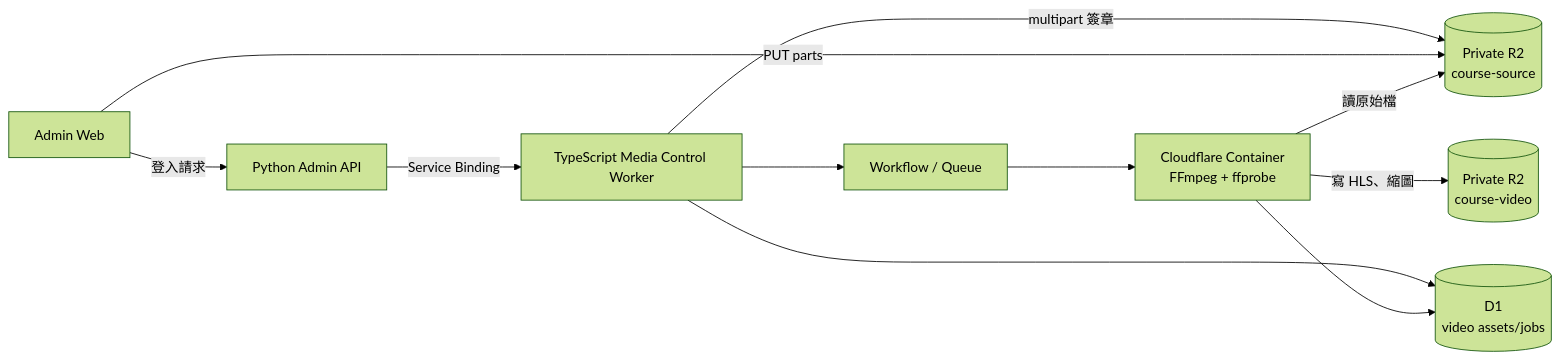
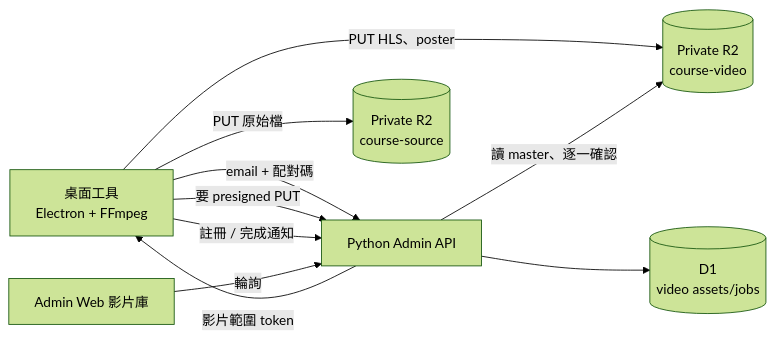
Before and after one commit to infixman/luma_studio: the first of 3 diagrams in docs/changes/plans/20260729-course-commerce-phase4-video-ingestion-pipeline/design.md, drawn with Mermaid (forest theme). The commit also changed other lines of this file and 10 other files, not shown here.

````diff
--- a/docs/changes/plans/20260729-course-commerce-phase4-video-ingestion-pipeline/design.md
+++ b/docs/changes/plans/20260729-course-commerce-phase4-video-ingestion-pipeline/design.md
@@ -56,13 +71,12 @@
 ```mermaid
 flowchart LR
-    Admin["Admin Web"] -->|"登入請求"| AdminAPI["Python Admin API"]
-    AdminAPI -->|"Service Binding"| Media["TypeScript Media Control Worker"]
-    Media -->|"multipart 簽章"| R2Source[("Private R2<br/>course-source")]
-    Admin -->|"PUT parts"| R2Source
-    Media --> Workflow["Workflow / Queue"]
-    Workflow --> Container["Cloudflare Container<br/>FFmpeg + ffprobe"]
-    Container -->|"讀原始檔"| R2Source
-    Container -->|"寫 HLS、縮圖"| R2Video[("Private R2<br/>course-video")]
-    Media --> D1[("D1<br/>video assets/jobs")]
-    Container --> D1
+    Tool["桌面工具<br/>Electron + FFmpeg"] -->|"email + 配對碼"| AdminAPI["Python Admin API"]
+    AdminAPI -->|"影片範圍 token"| Tool
+    Tool -->|"要 presigned PUT"| AdminAPI
+    Tool -->|"PUT 原始檔"| R2Source[("Private R2<br/>course-source")]
+    Tool -->|"PUT HLS、poster"| R2Video[("Private R2<br/>course-video")]
+    Tool -->|"註冊 / 完成通知"| AdminAPI
+    AdminAPI -->|"讀 master、逐一確認"| R2Video
+    AdminAPI --> D1[("D1<br/>video assets/jobs")]
+    Web["Admin Web 影片庫"] -->|"輪詢"| AdminAPI
 ```
````
